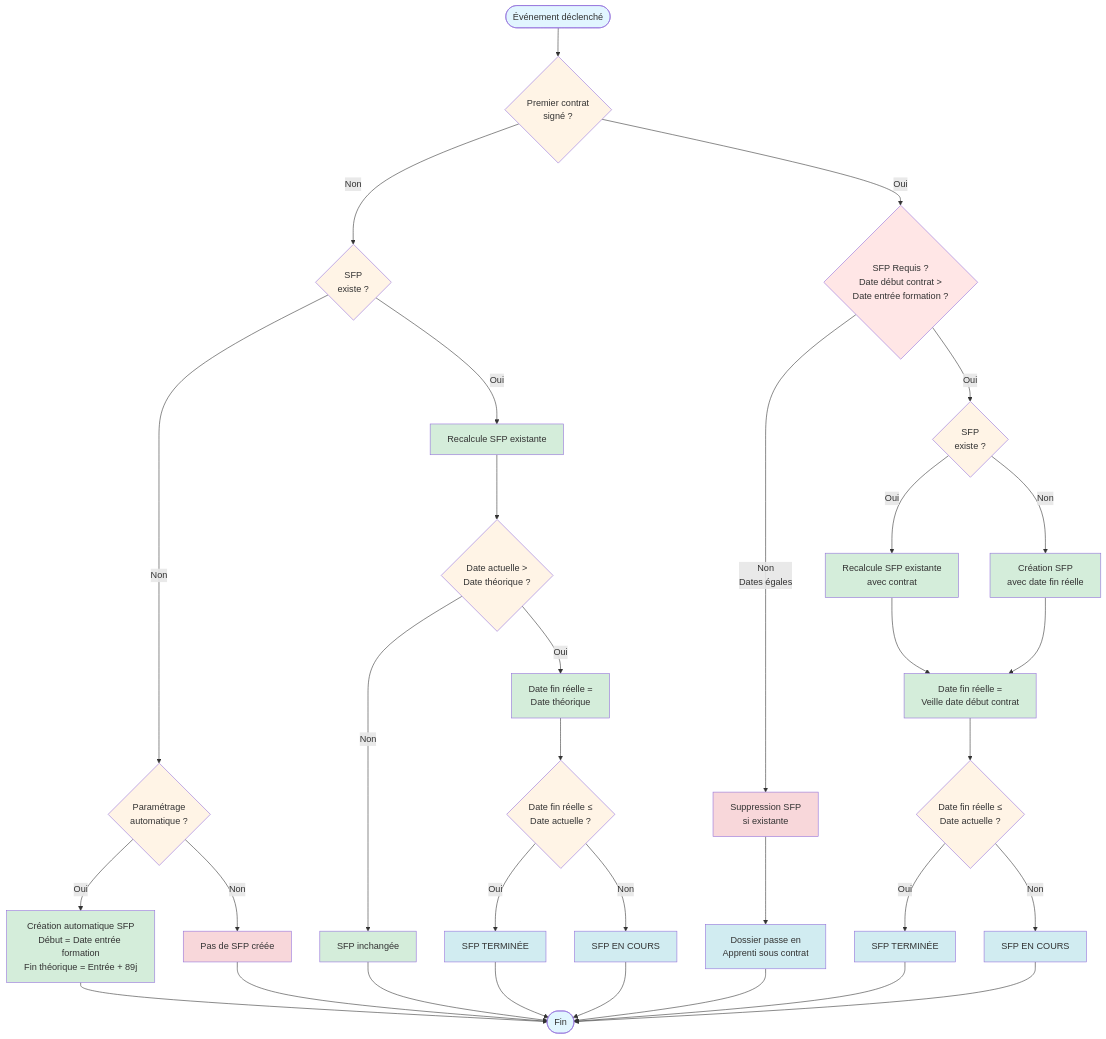
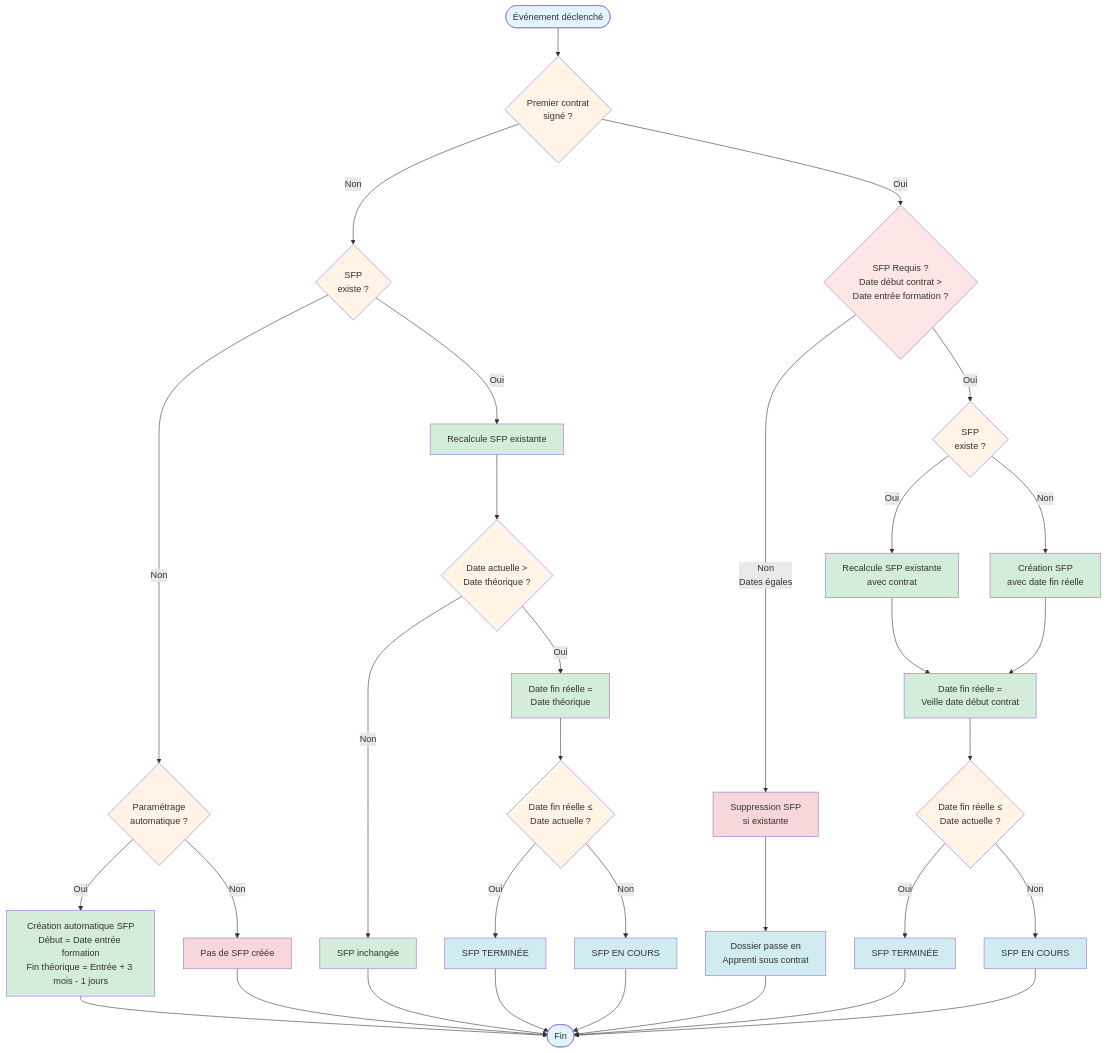
One commit to rtssolutions/documentation changed the diagram in documentations/dossier-formation/06-fonctionnement-sfp.md. Above: the diagram before and after it, drawn with Mermaid. The commit also changed other lines of this file, not shown here.

Commit message:
correction sfp avant contrat date théorique

````diff
--- a/documentations/dossier-formation/06-fonctionnement-sfp.md
+++ b/documentations/dossier-formation/06-fonctionnement-sfp.md
@@ -27,73 +27,73 @@
 ```mermaid
 flowchart TD
     Start([Événement déclenché]) --> CheckContrat{Premier contrat<br/>signé ?}
     
     %% Branche SANS contrat signé
     CheckContrat -->|Non| CheckSFPExiste{SFP<br/>existe ?}
     CheckSFPExiste -->|Non| CheckParametrage{Paramétrage<br/>automatique ?}
-    CheckParametrage -->|Oui| CreateSFP[Création automatique SFP<br/>Début = Date entrée formation<br/>Fin théorique = Entrée + 89j]
+    CheckParametrage -->|Oui| CreateSFP[Création automatique SFP<br/>Début = Date entrée formation<br/>Fin théorique = Entrée + 3 mois - 1 jours]
     CheckParametrage -->|Non| NoSFP[Pas de SFP créée]
     
     CheckSFPExiste -->|Oui| RecalculeSFP[Recalcule SFP existante]
     RecalculeSFP --> CheckDateTheorique{Date actuelle ><br/>Date théorique ?}
     CheckDateTheorique -->|Oui| SetDateFinTheorique2[Date fin réelle =<br/>Date théorique]
     CheckDateTheorique -->|Non| KeepSFP[SFP inchangée]
     
     SetDateFinTheorique2 --> CheckTerminee2{Date fin réelle ≤<br/>Date actuelle ?}
     CheckTerminee2 -->|Oui| SFPTerminee2[SFP TERMINÉE]
     CheckTerminee2 -->|Non| SFPEnCours2[SFP EN COURS]
     
     %% Branche AVEC contrat signé
     CheckContrat -->|Oui| CheckSFPRequis{SFP Requis ?<br/>Date début contrat ><br/>Date entrée formation ?}
     
     CheckSFPRequis -->|Non<br/>Dates égales| DeleteSFP[Suppression SFP<br/>si existante]
     DeleteSFP --> ChangementEtat[Dossier passe en<br/>Apprenti sous contrat]
     
     CheckSFPRequis -->|Oui| CheckSFPExiste2{SFP<br/>existe ?}
     
     CheckSFPExiste2 -->|Oui| RecalculeSFPContrat[Recalcule SFP existante<br/>avec contrat]
     CheckSFPExiste2 -->|Non| CreateSFPContrat[Création SFP<br/>avec date fin réelle]
     
     RecalculeSFPContrat --> SetDateFinReelle[Date fin réelle =<br/>Veille date début contrat]
     CreateSFPContrat --> SetDateFinReelle
     
     SetDateFinReelle --> CheckTerminee{Date fin réelle ≤<br/>Date actuelle ?}
     CheckTerminee -->|Oui| SFPTerminee[SFP TERMINÉE]
     CheckTerminee -->|Non| SFPEnCours[SFP EN COURS]
     
     %% Convergence vers Fin
     CreateSFP --> End([Fin])
     NoSFP --> End
     KeepSFP --> End
     SFPTerminee2 --> End
     SFPEnCours2 --> End
     ChangementEtat --> End
     SFPTerminee --> End
     SFPEnCours --> End
     
     %% Styles
     style Start fill:#e1f5ff
     style End fill:#e1f5ff
     style CheckContrat fill:#fff4e6
     style CheckSFPExiste fill:#fff4e6
     style CheckSFPExiste2 fill:#fff4e6
     style CheckParametrage fill:#fff4e6
     style CheckDateTheorique fill:#fff4e6
     style CheckTerminee fill:#fff4e6
     style CheckTerminee2 fill:#fff4e6
     style CheckSFPRequis fill:#ffe6e6
     style CreateSFP fill:#d4edda
     style RecalculeSFP fill:#d4edda
     style RecalculeSFPContrat fill:#d4edda
     style CreateSFPContrat fill:#d4edda
     style SetDateFinReelle fill:#d4edda
     style SetDateFinTheorique2 fill:#d4edda
     style KeepSFP fill:#d4edda
     style DeleteSFP fill:#f8d7da
     style ChangementEtat fill:#d1ecf1
     style SFPTerminee fill:#d1ecf1
     style SFPEnCours fill:#d1ecf1
     style SFPTerminee2 fill:#d1ecf1
     style SFPEnCours2 fill:#d1ecf1
     style NoSFP fill:#f8d7da
 ```
````
